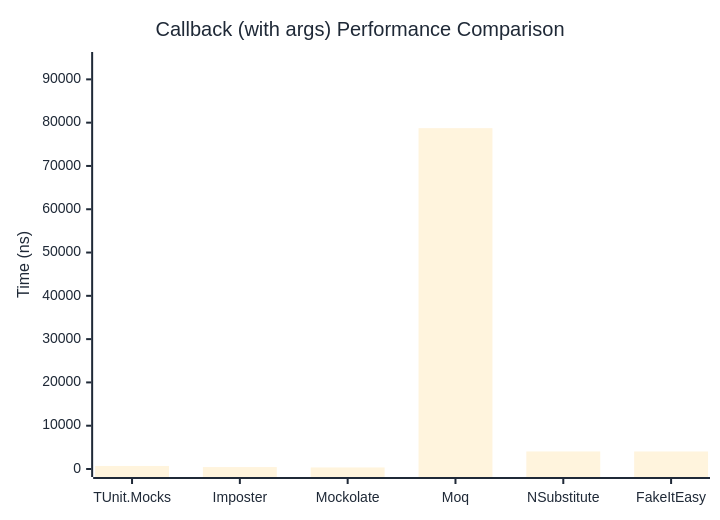
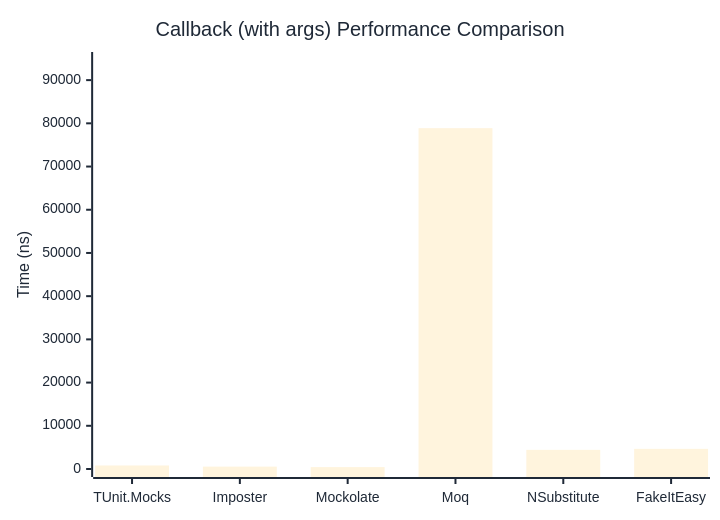
One commit to thomhurst/TUnit changed the second of 2 diagrams in docs/docs/benchmarks/mocks/Callback.md. Above: the diagram before and after it, drawn with Mermaid. The commit also changed other lines of this file and 14 other files, not shown here.

````diff
--- a/docs/docs/benchmarks/mocks/Callback.md
+++ b/docs/docs/benchmarks/mocks/Callback.md
@@ -71,27 +71,27 @@
 ```mermaid
 %%{init: {
   'theme':'base',
   'themeVariables': {
     'primaryColor': '#2563eb',
     'primaryTextColor': '#1f2937',
     'primaryBorderColor': '#1e40af',
     'lineColor': '#6b7280',
     'secondaryColor': '#7c3aed',
     'tertiaryColor': '#dc2626',
     'background': '#ffffff',
     'pie1': '#2563eb',
     'pie2': '#7c3aed',
     'pie3': '#dc2626',
     'pie4': '#f59e0b',
     'pie5': '#10b981',
     'pie6': '#06b6d4',
     'pie7': '#ec4899',
     'pie8': '#6366f1'
   }
 }}%%
 xychart-beta
   title "Callback (with args) Performance Comparison"
   x-axis ["TUnit.Mocks", "Imposter", "Mockolate", "Moq", "NSubstitute", "FakeItEasy"]
-  y-axis "Time (ns)" 0 --> 94472
-  bar [701.4, 443.2, 357, 78726.4, 4056.1, 4049.5]
+  y-axis "Time (ns)" 0 --> 94657
+  bar [814.6, 549.6, 437.5, 78880.2, 4434.1, 4661.7]
 ```
````
